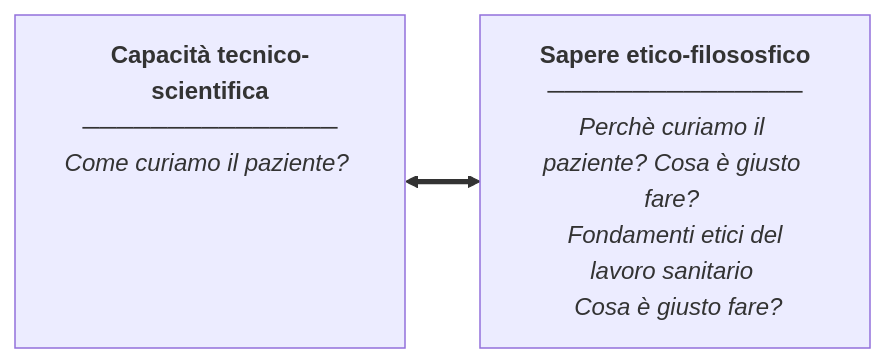
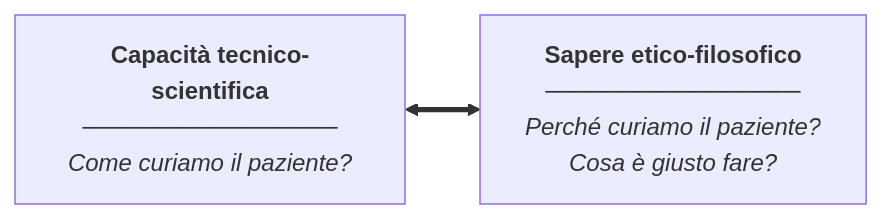
One commit to theRealCB/04_SSPSS changed the second of 4 diagrams in Scienze sociali/Etica/appunti.md. Above: the diagram before and after it, drawn with Mermaid. The commit also changed other lines of this file, not shown here.

````diff
--- a/Scienze sociali/Etica/appunti.md
+++ b/Scienze sociali/Etica/appunti.md
@@ -113,7 +58,6 @@
 ```mermaid
 graph LR
-  A["<b>Capacità tecnico-scientifica</b><br>───────────────<br><i>Come curiamo il paziente? <br><br><br><br> </i>"]
-  B["<b>Sapere etico-filososfico</b><br>───────────────<br><i>Perchè curiamo il paziente? Cosa è giusto fare? <br> Fondamenti etici del lavoro sanitario <br> Cosa è giusto fare?</i>"]
-
+  A["<b>Capacità tecnico-scientifica</b><br>───────────────<br><i>Come curiamo il paziente?</i>"]
+  B["<b>Sapere etico-filosofico</b><br>───────────────<br><i>Perché curiamo il paziente?<br>Cosa è giusto fare?</i>"]
   A <==> B
 ```
````
